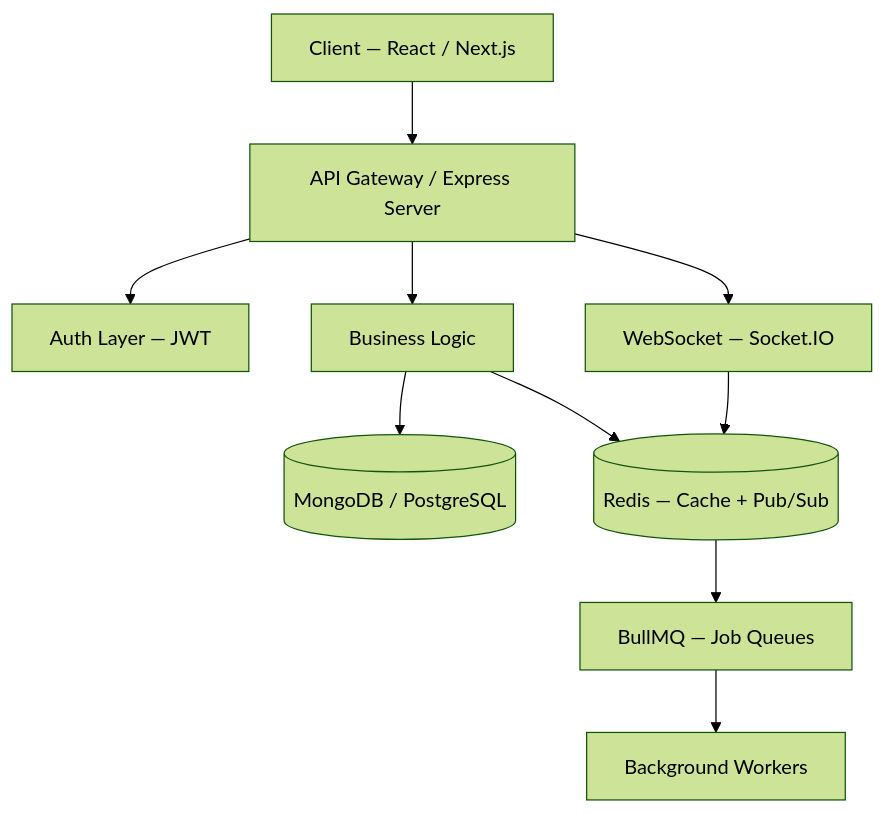
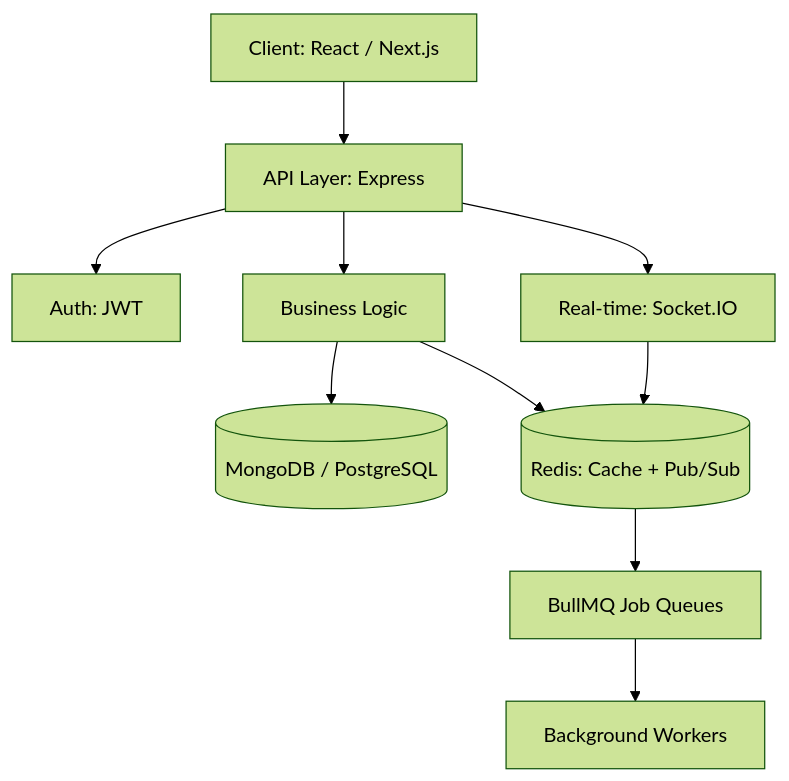
The diagram in README.md (Rakeshchourasia/Rakeshchourasia), drawn with Mermaid (forest theme) before and after one commit. The commit also changed other lines of this file, not shown here.

````diff
--- a/README.md
+++ b/README.md
@@ -418,12 +112,12 @@
 ```mermaid
 flowchart TD
-    A[Client — React / Next.js] --> B[API Gateway / Express Server]
-    B --> C[Auth Layer — JWT]
+    A[Client: React / Next.js] --> B[API Layer: Express]
+    B --> C[Auth: JWT]
     B --> D[Business Logic]
-    B --> E[WebSocket — Socket.IO]
+    B --> E[Real-time: Socket.IO]
     D --> F[(MongoDB / PostgreSQL)]
-    D --> G[(Redis — Cache + Pub/Sub)]
+    D --> G[(Redis: Cache + Pub/Sub)]
     E --> G
-    G --> H[BullMQ — Job Queues]
+    G --> H[BullMQ Job Queues]
     H --> I[Background Workers]
 ```
````
